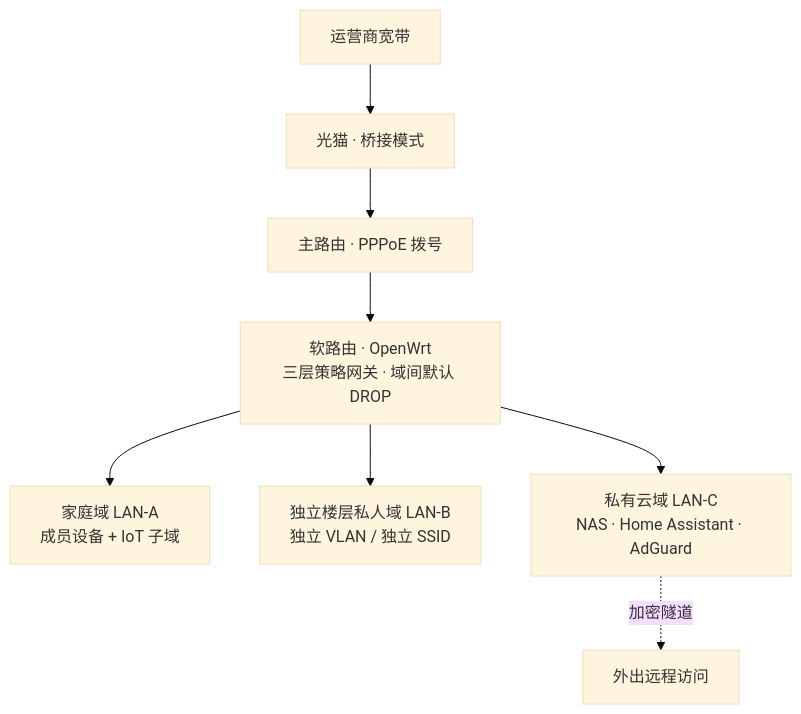
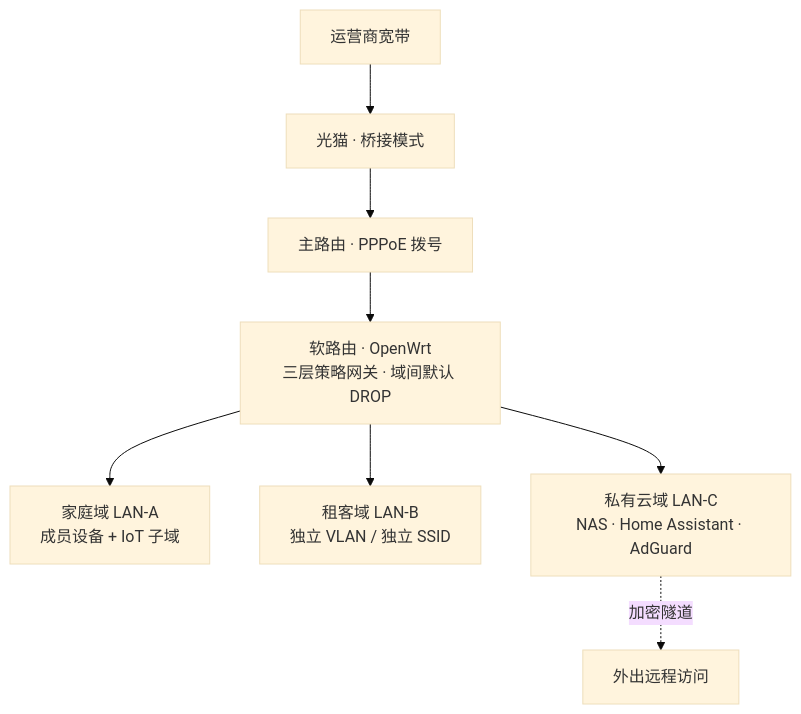
Before and after one commit to dandanliangle/home-private-cloud: the first of 2 diagrams in README.md, drawn with Mermaid (base theme). The commit also changed other lines of this file and 1 other file, not shown here.

First line of the commit message:
docs: LAN-B 语义修正为租客域

````diff
--- a/README.md
+++ b/README.md
@@ -25,10 +25,10 @@
 ```mermaid
 flowchart TB
     ISP[运营商宽带] --> MODEM[光猫 · 桥接模式]
     MODEM --> R1[主路由 · PPPoE 拨号]
     R1 --> SR[软路由 · OpenWrt<br/>三层策略网关 · 域间默认 DROP]
     SR --> A[家庭域 LAN-A<br/>成员设备 + IoT 子域]
-    SR --> B[独立楼层私人域 LAN-B<br/>独立 VLAN / 独立 SSID]
+    SR --> B[租客域 LAN-B<br/>独立 VLAN / 独立 SSID]
     SR --> C[私有云域 LAN-C<br/>NAS · Home Assistant · AdGuard]
     C -. 加密隧道 .-> RA[外出远程访问]
 ```
````
